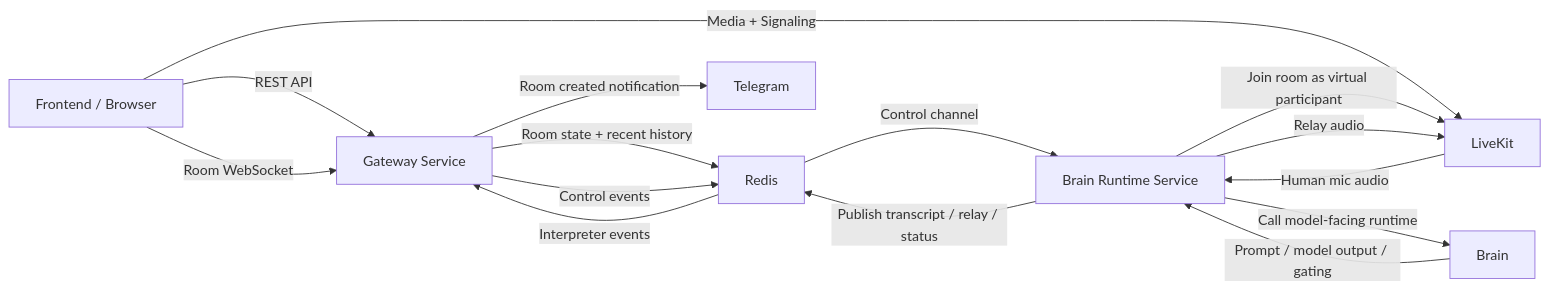
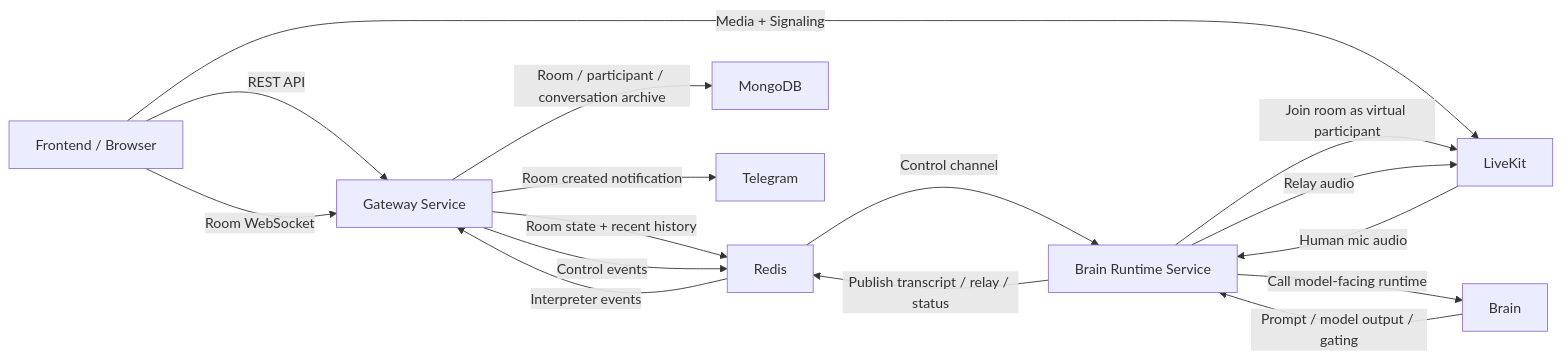
The first of 10 diagrams in docs/backend/README.md (Huy-8bit/MeetQ), drawn with Mermaid before and after one commit. The commit also changed other lines of this file and 18 other files, not shown here.

First line of the commit message:
feat: add MongoDB persistence layer for room history and participant archives

````diff
--- a/docs/backend/README.md
+++ b/docs/backend/README.md
@@ -69,22 +72,23 @@
 ```mermaid
 flowchart LR
     FE["Frontend / Browser"] -->|"REST API"| GW["Gateway Service"]
     FE -->|"Room WebSocket"| GW
     FE -->|"Media + Signaling"| LK["LiveKit"]
 
     GW -->|"Room state + recent history"| R["Redis"]
     GW -->|"Control events"| R
     R -->|"Interpreter events"| GW
 
     R -->|"Control channel"| BRS["Brain Runtime Service"]
     BRS -->|"Publish transcript / relay / status"| R
 
+    GW -->|"Room / participant / conversation archive"| M["MongoDB"]
     BRS -->|"Join room as virtual participant"| LK
     LK -->|"Human mic audio"| BRS
     BRS -->|"Relay audio"| LK
 
     BRS -->|"Call model-facing runtime"| B["Brain"]
     B -->|"Prompt / model output / gating"| BRS
 
     GW -->|"Room created notification"| TG["Telegram"]
 ```
````
